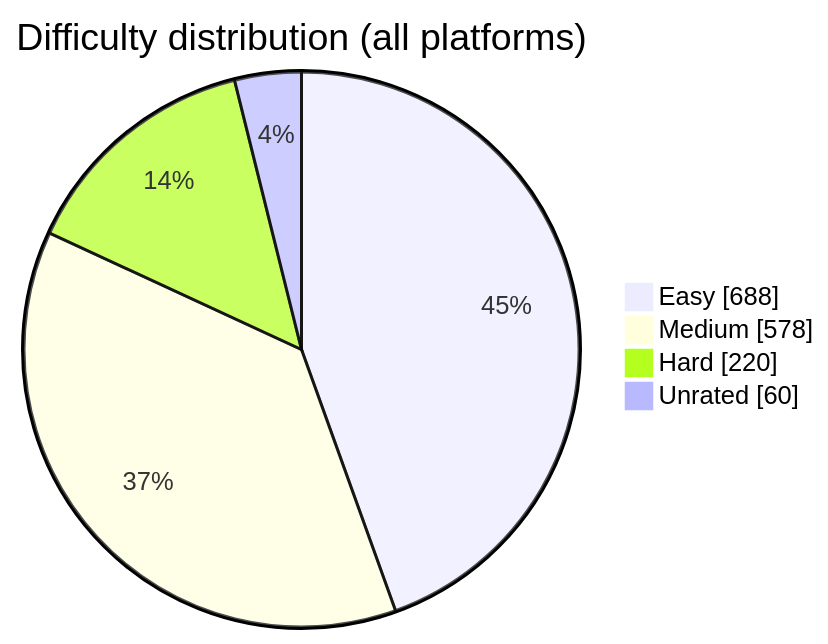
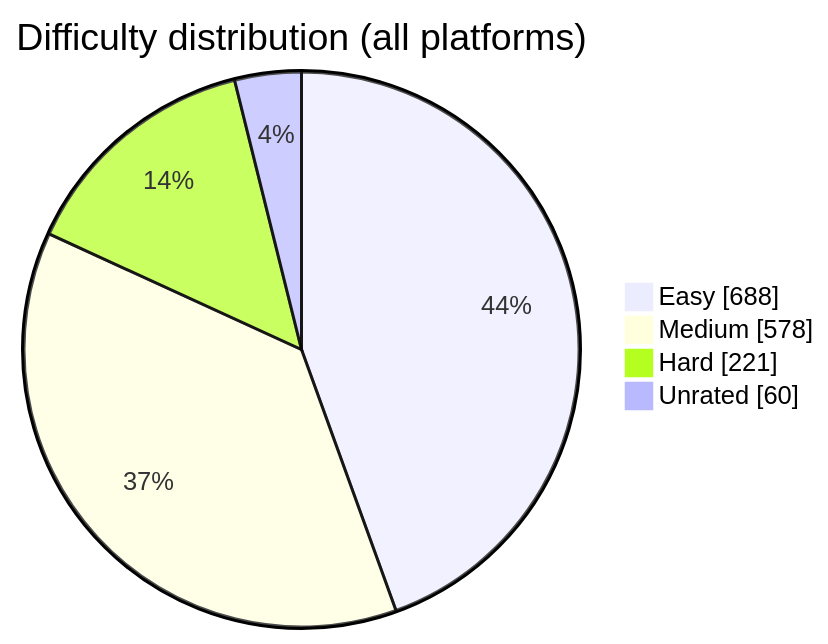
The diagram in README.md (BuildbyArindam/Daily-Coding-Log), drawn with Mermaid before and after one commit. The commit also changed other lines of this file, not shown here.

````diff
--- a/README.md
+++ b/README.md
@@ -93,7 +93,7 @@
 ```mermaid
 pie showData title Difficulty distribution (all platforms)
     "Easy" : 688
     "Medium" : 578
-    "Hard" : 220
+    "Hard" : 221
     "Unrated" : 60
 ```
````
